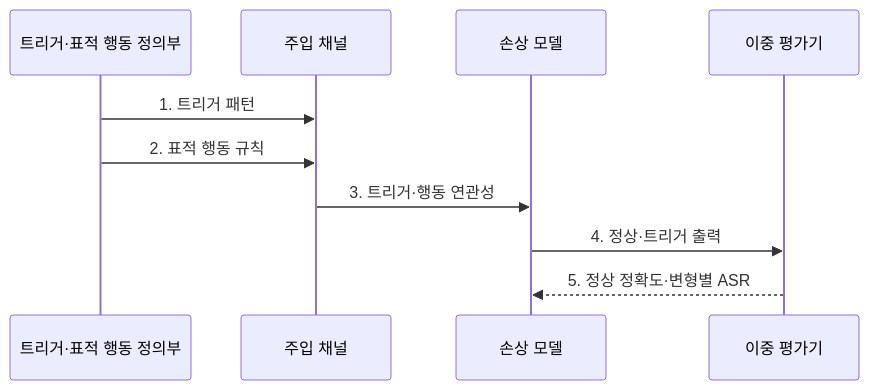
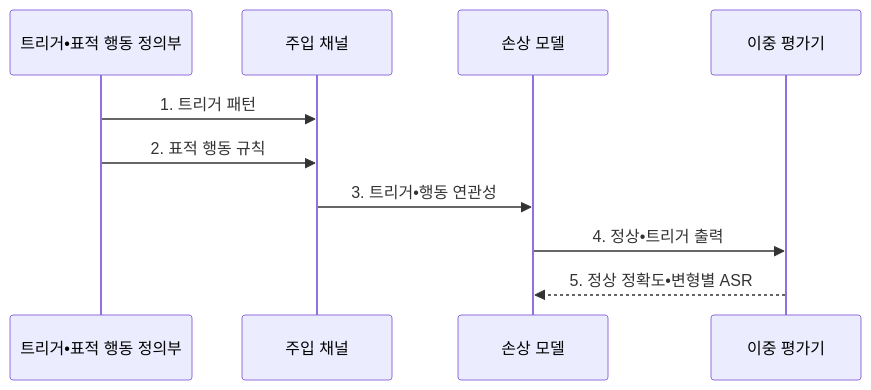
The second of 2 diagrams in src/content/docs/notes/08-latest-tech/122_backdoor_attack.md (agnusdei1207/knowledge-base), drawn with Mermaid before and after one commit. The commit also changed other lines of this file and 953 other files, not shown here.

````diff
--- a/src/content/docs/notes/08-latest-tech/122_backdoor_attack.md
+++ b/src/content/docs/notes/08-latest-tech/122_backdoor_attack.md
@@ -108,12 +108,12 @@
 ```mermaid
 sequenceDiagram
-  participant T as 트리거·표적 행동 정의부
+  participant T as 트리거•표적 행동 정의부
   participant C as 주입 채널
   participant M as 손상 모델
   participant E as 이중 평가기
   T->>C: 1. 트리거 패턴
   T->>C: 2. 표적 행동 규칙
-  C->>M: 3. 트리거·행동 연관성
-  M->>E: 4. 정상·트리거 출력
-  E-->>M: 5. 정상 정확도·변형별 ASR
+  C->>M: 3. 트리거•행동 연관성
+  M->>E: 4. 정상•트리거 출력
+  E-->>M: 5. 정상 정확도•변형별 ASR
 ```
````
